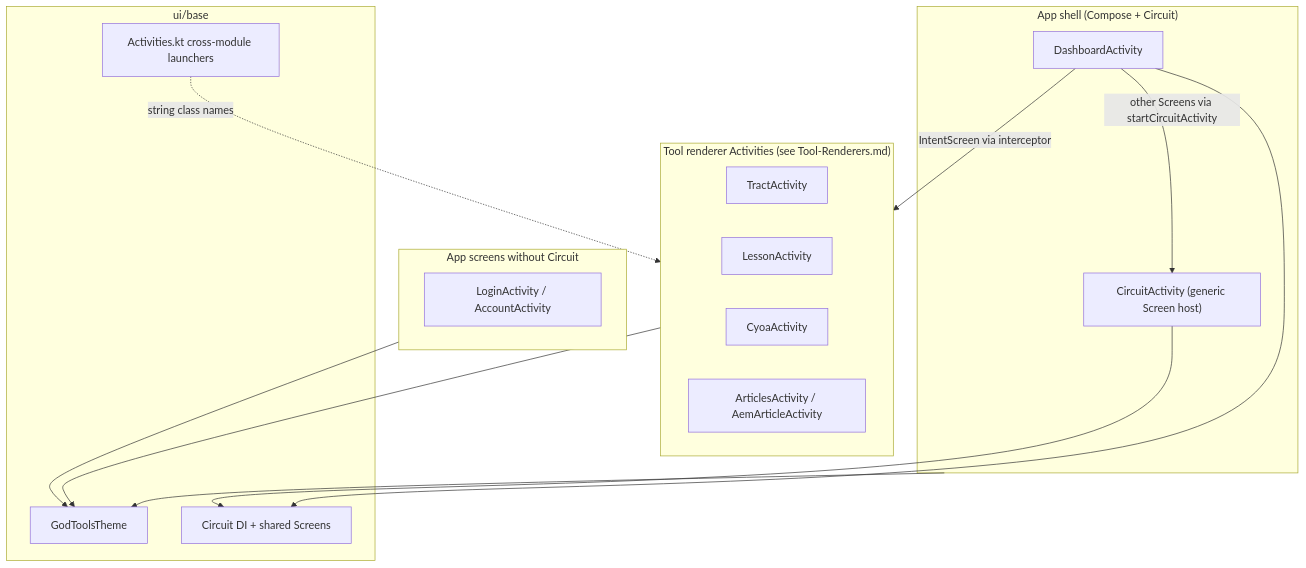
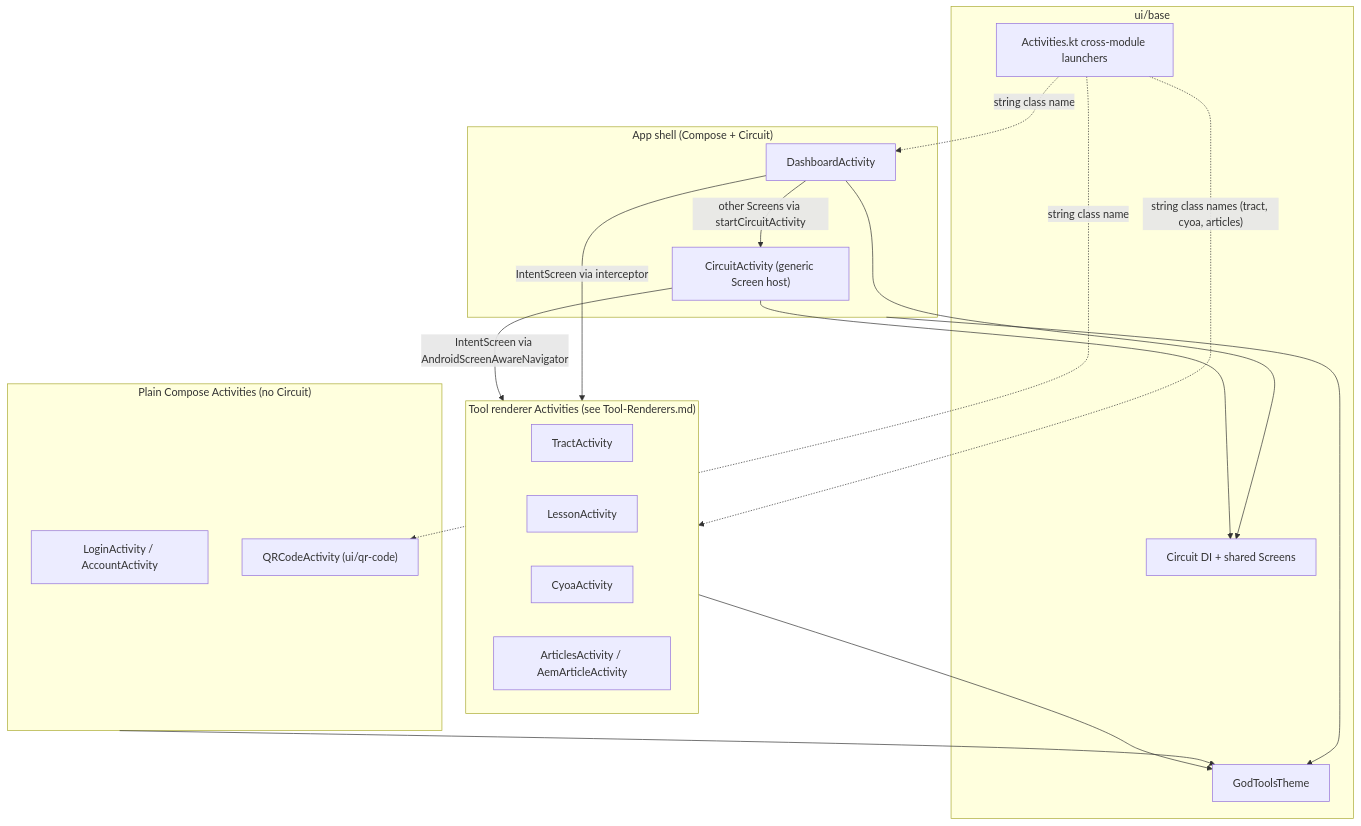
One commit to CruGlobal/godtools-android changed the first of 5 diagrams in wiki/UI-Architecture.md. Above: the diagram before and after it, drawn with Mermaid. The commit also changed other lines of this file and 11 other files, not shown here.

````diff
--- a/wiki/UI-Architecture.md
+++ b/wiki/UI-Architecture.md
@@ -21,29 +21,33 @@
 ```mermaid
 flowchart TD
     subgraph shell["App shell (Compose + Circuit)"]
         DA["DashboardActivity"]
         CA["CircuitActivity (generic Screen host)"]
     end
-    subgraph plain["App screens without Circuit"]
+    subgraph plain["Plain Compose Activities (no Circuit)"]
         LOGIN["LoginActivity / AccountActivity"]
+        QR["QRCodeActivity (ui/qr-code)"]
     end
     subgraph base["ui/base"]
         THEME["GodToolsTheme"]
         CIRCUIT["Circuit DI + shared Screens"]
         ACT["Activities.kt cross-module launchers"]
     end
     subgraph tools["Tool renderer Activities (see Tool-Renderers.md)"]
         TRACT["TractActivity"]
         LESSON["LessonActivity"]
         CYOA["CyoaActivity"]
         ART["ArticlesActivity / AemArticleActivity"]
     end
     DA --> CIRCUIT
     CA --> CIRCUIT
     DA -- "IntentScreen via interceptor" --> tools
     DA -- "other Screens via startCircuitActivity" --> CA
+    CA -- "IntentScreen via AndroidScreenAwareNavigator" --> tools
     shell --> THEME
     plain --> THEME
     tools --> THEME
-    ACT -.->|"string class names"| tools
+    ACT -.->|"string class names (tract, cyoa, articles)"| tools
+    ACT -.->|"string class name"| DA
+    ACT -.->|"string class name"| QR
 ```
````
